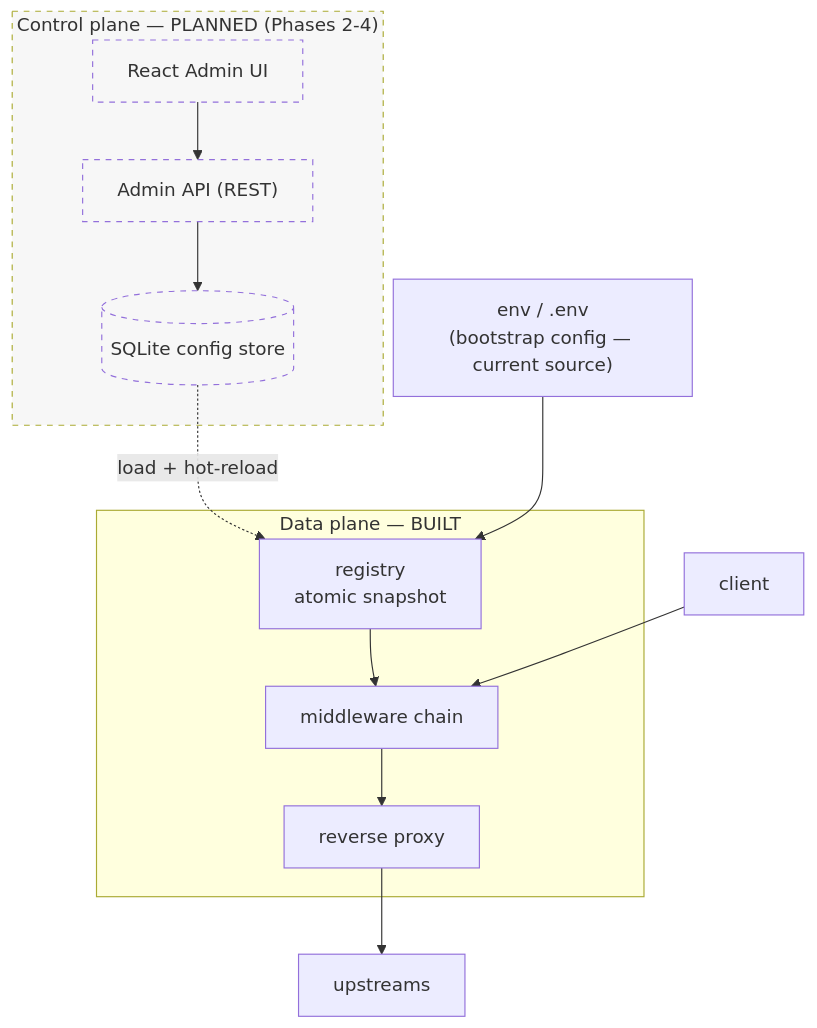
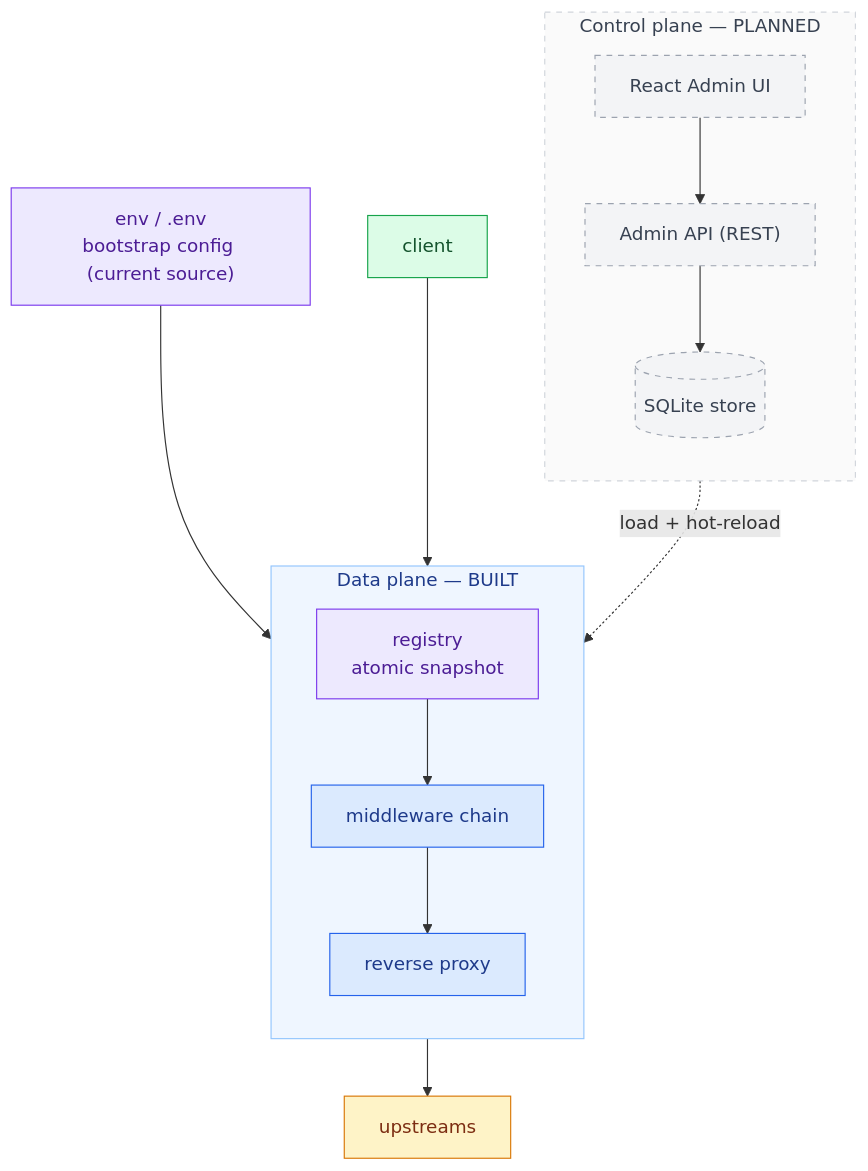
The third of 15 diagrams in docs/architecture.md (mohabnazmy/API-Gateway), drawn with Mermaid before and after one commit. The commit also changed other lines of this file, not shown here.

First line of the commit message:
docs: make architecture diagram-heavy and colored

````diff
--- a/docs/architecture.md
+++ b/docs/architecture.md
@@ -56,22 +84,32 @@
 ```mermaid
 flowchart TB
-    subgraph CP["Control plane — PLANNED (Phases 2-4)"]
-        ui["React Admin UI"] --> api["Admin API (REST)"]
-        api --> store[("SQLite config store")]
+    cfgenv["env / .env<br/>bootstrap config (current source)"]:::store
+    client["client"]:::client
+
+    subgraph CP["Control plane — PLANNED"]
+        direction TB
+        ui["React Admin UI"]:::planned --> api["Admin API (REST)"]:::planned
+        api --> store[("SQLite store")]:::planned
     end
 
     subgraph DP["Data plane — BUILT"]
-        reg["registry<br/>atomic snapshot"]
-        chain["middleware chain"]
-        proxy["reverse proxy"]
-        reg --> chain --> proxy
+        direction TB
+        reg["registry<br/>atomic snapshot"]:::store
+        chain["middleware chain"]:::gw
+        rp["reverse proxy"]:::gw
+        reg --> chain --> rp
     end
 
     store -. "load + hot-reload" .-> reg
-    cfgenv["env / .env<br/>(bootstrap config — current source)"] --> reg
-    client["client"] --> chain
-    proxy --> up["upstreams"]
+    cfgenv --> reg
+    client --> chain
+    rp --> up["upstreams"]:::up
 
-    classDef planned stroke-dasharray:5 5,fill:#f7f7f7;
-    class CP,ui,api,store planned;
+    classDef client fill:#dcfce7,stroke:#16a34a,color:#14532d;
+    classDef gw fill:#dbeafe,stroke:#2563eb,color:#1e3a8a;
+    classDef up fill:#fef3c7,stroke:#d97706,color:#7c2d12;
+    classDef store fill:#ede9fe,stroke:#7c3aed,color:#4c1d95;
+    classDef planned fill:#f3f4f6,stroke:#9ca3af,color:#374151,stroke-dasharray:5 5;
+    style CP fill:#fafafa,stroke:#d1d5db,color:#374151,stroke-dasharray:5 5;
+    style DP fill:#eff6ff,stroke:#93c5fd,color:#1e3a8a;
 ```
````
